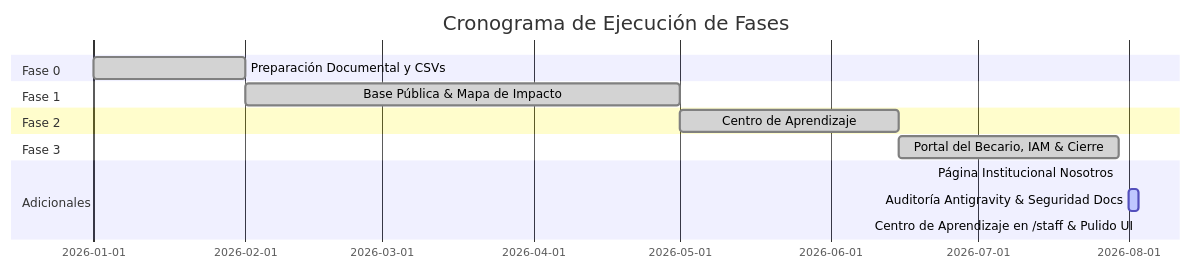
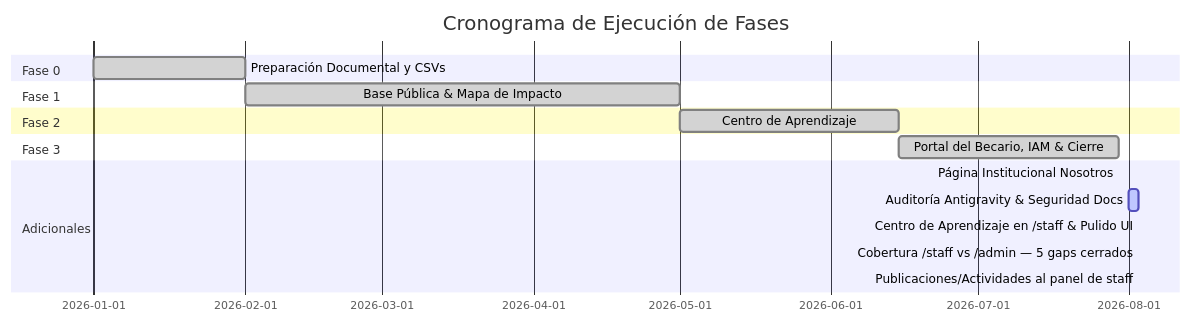
The diagram in obsidian/05 - Planificación & Estado/🚀 Plan de Ejecución & Estado de Fases.md (fabianconte7dg3/ForumPage), drawn with Mermaid before and after one commit. The commit also changed other lines of this file and 2 other files, not shown here.

First line of the commit message:
docs: sincronizar docs/plan.md y Obsidian con los 6 gaps de /staff cerrados

````diff
--- a/obsidian/05 - Planificación & Estado/🚀 Plan de Ejecución & Estado de Fases.md
+++ b/obsidian/05 - Planificación & Estado/🚀 Plan de Ejecución & Estado de Fases.md
@@ -26,17 +26,19 @@
 ```mermaid
 gantt
     title Cronograma de Ejecución de Fases
     dateFormat  YYYY-MM-DD
     section Fase 0
     Preparación Documental y CSVs     :done, f0, 2026-01-01, 2026-02-01
     section Fase 1
     Base Pública & Mapa de Impacto    :done, f1, 2026-02-01, 2026-05-01
     section Fase 2
     Centro de Aprendizaje             :done, f2, 2026-05-01, 2026-06-15
     section Fase 3
     Portal del Becario, IAM & Cierre  :done, f3, 2026-06-15, 2026-07-30
     section Adicionales
     Página Institucional Nosotros     :done, f4, 2026-07-30, 2026-07-30
     Auditoría Antigravity & Seguridad Docs :active, f5, 2026-08-01, 2026-08-03
     Centro de Aprendizaje en /staff & Pulido UI :done, f6, 2026-08-03, 2026-08-03
+    Cobertura /staff vs /admin — 5 gaps cerrados :done, f7, 2026-08-03, 2026-08-03
+    Publicaciones/Actividades al panel de staff :done, f8, 2026-08-03, 2026-08-03
 ```
````
